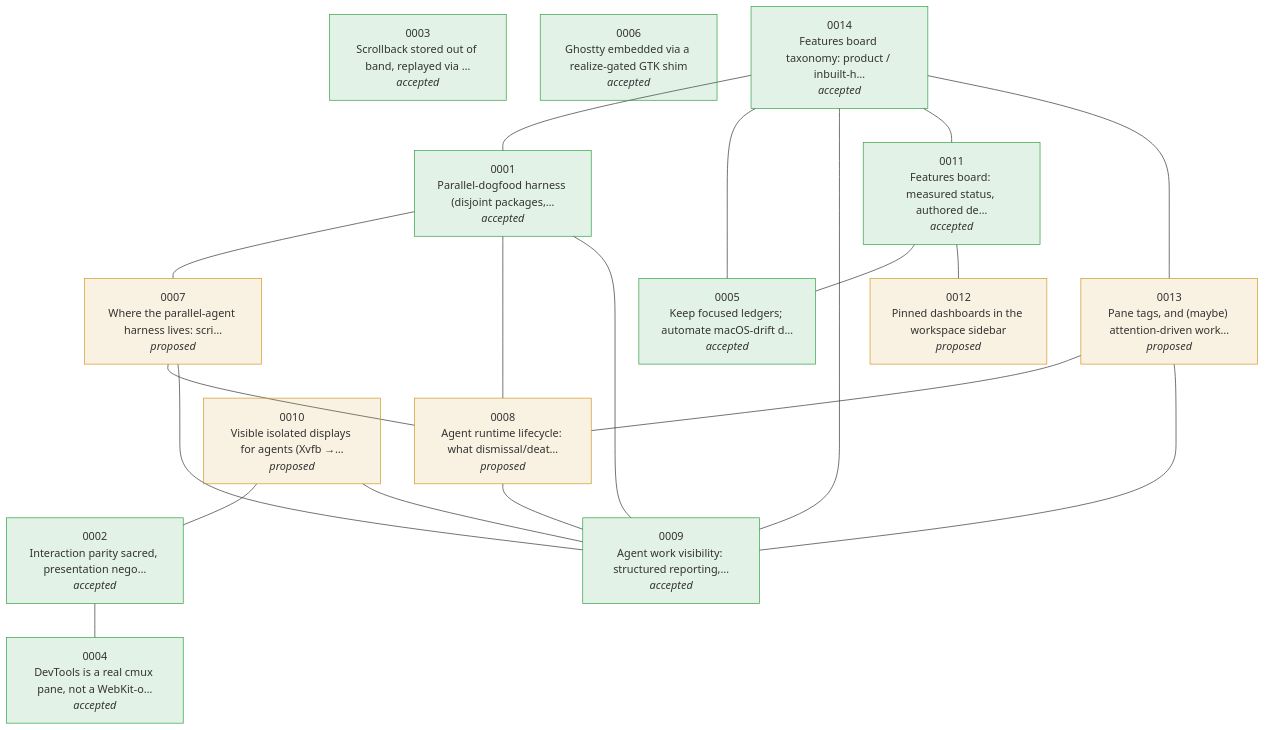
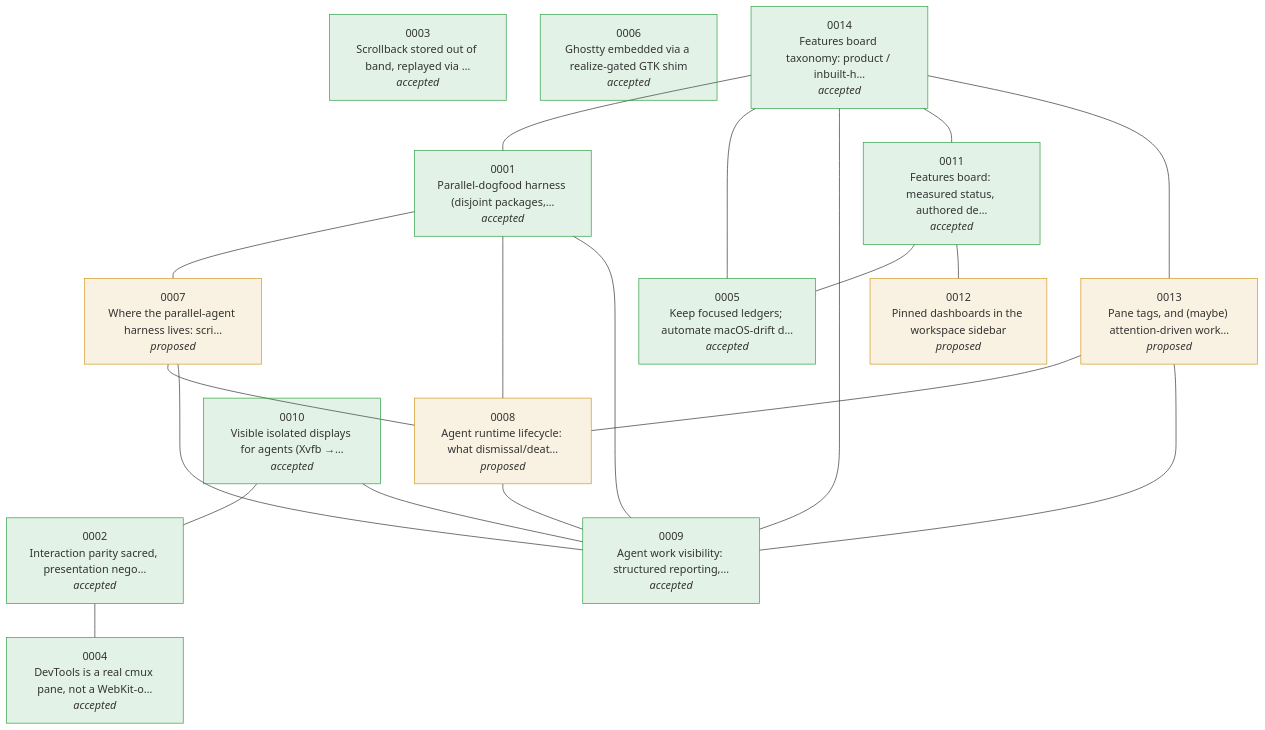
The diagram in docs/linux-port/adr/_overview.md (hiasihaho/cmux), drawn with Mermaid before and after one commit. The commit also changed other lines of this file and 7 other files, not shown here.

````diff
--- a/docs/linux-port/adr/_overview.md
+++ b/docs/linux-port/adr/_overview.md
@@ -5,49 +5,49 @@
 ```mermaid
 flowchart TD
     n0001["0001<br/>Parallel-dogfood harness (disjoint packages,…<br/><i>accepted</i>"]
     n0002["0002<br/>Interaction parity sacred, presentation nego…<br/><i>accepted</i>"]
     n0003["0003<br/>Scrollback stored out of band, replayed via …<br/><i>accepted</i>"]
     n0004["0004<br/>DevTools is a real cmux pane, not a WebKit-o…<br/><i>accepted</i>"]
     n0005["0005<br/>Keep focused ledgers; automate macOS-drift d…<br/><i>accepted</i>"]
     n0006["0006<br/>Ghostty embedded via a realize-gated GTK shim<br/><i>accepted</i>"]
     n0007["0007<br/>Where the parallel-agent harness lives: scri…<br/><i>proposed</i>"]
     n0008["0008<br/>Agent runtime lifecycle: what dismissal/deat…<br/><i>proposed</i>"]
     n0009["0009<br/>Agent work visibility: structured reporting,…<br/><i>accepted</i>"]
-    n0010["0010<br/>Visible isolated displays for agents (Xvfb →…<br/><i>proposed</i>"]
+    n0010["0010<br/>Visible isolated displays for agents (Xvfb →…<br/><i>accepted</i>"]
     n0011["0011<br/>Features board: measured status, authored de…<br/><i>accepted</i>"]
     n0012["0012<br/>Pinned dashboards in the workspace sidebar<br/><i>proposed</i>"]
     n0013["0013<br/>Pane tags, and (maybe) attention-driven work…<br/><i>proposed</i>"]
     n0014["0014<br/>Features board taxonomy: product / inbuilt-h…<br/><i>accepted</i>"]
     n0001 --- n0007
     n0002 --- n0004
     n0007 --- n0008
     n0007 --- n0009
     n0008 --- n0001
     n0008 --- n0009
     n0009 --- n0001
     n0010 --- n0002
     n0010 --- n0009
     n0011 --- n0005
     n0011 --- n0012
     n0013 --- n0008
     n0013 --- n0009
     n0014 --- n0001
     n0014 --- n0005
     n0014 --- n0009
     n0014 --- n0011
     n0014 --- n0013
     style n0001 fill:#2ea04322,stroke:#2ea043
     style n0002 fill:#2ea04322,stroke:#2ea043
     style n0003 fill:#2ea04322,stroke:#2ea043
     style n0004 fill:#2ea04322,stroke:#2ea043
     style n0005 fill:#2ea04322,stroke:#2ea043
     style n0006 fill:#2ea04322,stroke:#2ea043
     style n0007 fill:#d2992222,stroke:#d29922
     style n0008 fill:#d2992222,stroke:#d29922
     style n0009 fill:#2ea04322,stroke:#2ea043
-    style n0010 fill:#d2992222,stroke:#d29922
+    style n0010 fill:#2ea04322,stroke:#2ea043
     style n0011 fill:#2ea04322,stroke:#2ea043
     style n0012 fill:#d2992222,stroke:#d29922
     style n0013 fill:#d2992222,stroke:#d29922
     style n0014 fill:#2ea04322,stroke:#2ea043
 ```
````
